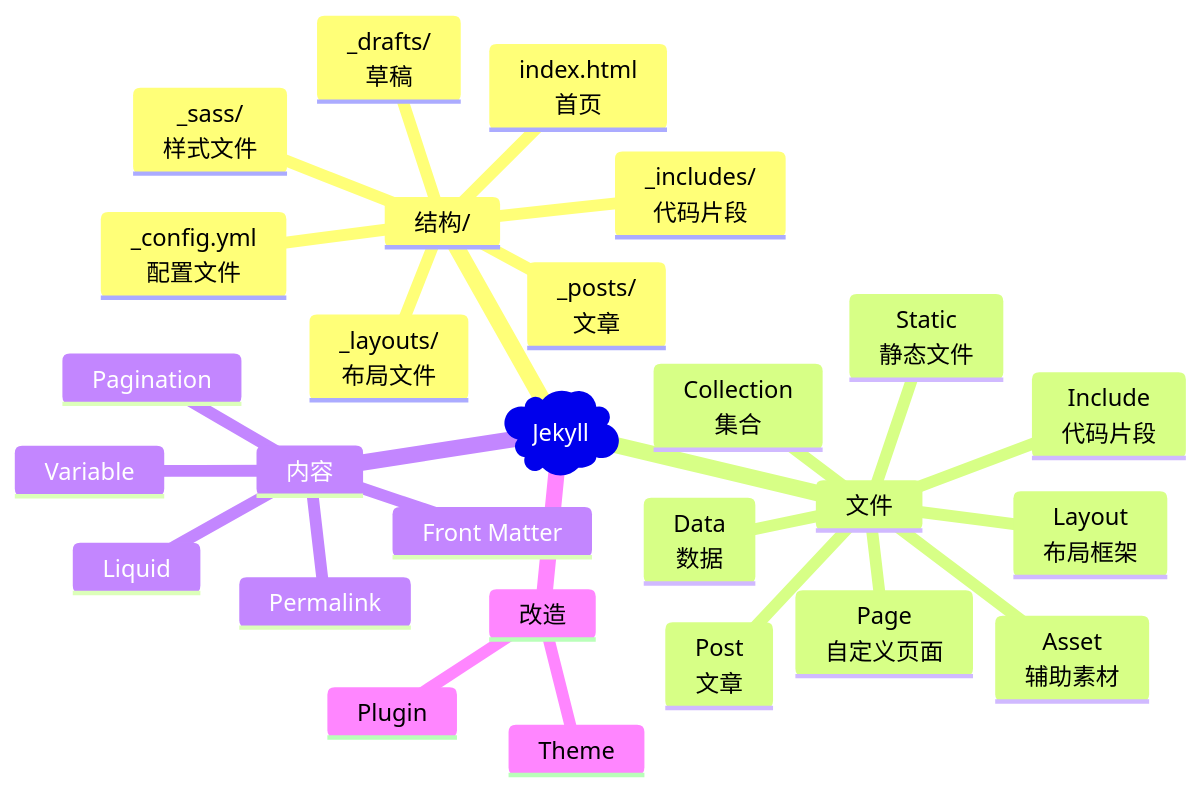
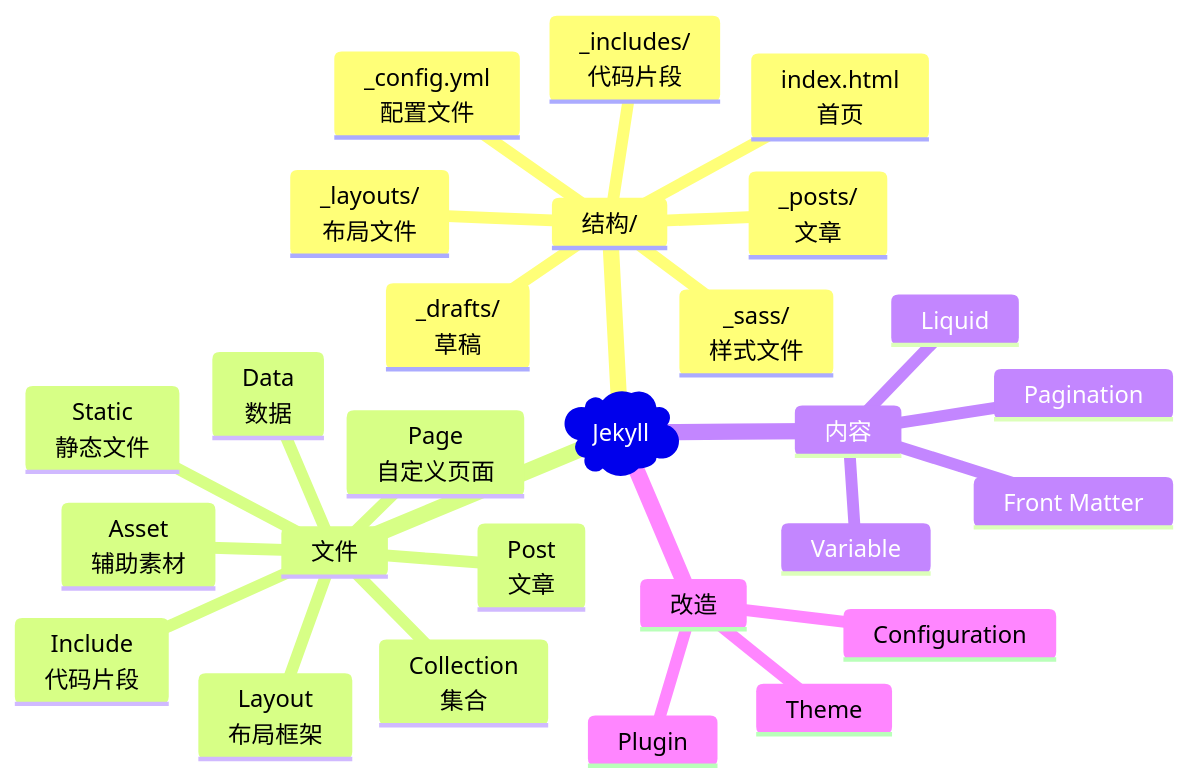
Before and after one commit to nanhualyq/nanhualyq.github.io: the diagram in _posts/2024-01-19-jekyll.md, drawn with Mermaid. The commit also changed other lines of this file, not shown here.

```diff
--- a/_posts/2024-01-19-jekyll.md
+++ b/_posts/2024-01-19-jekyll.md
@@ -17,30 +17,30 @@
 <pre class="mermaid">
 mindmap
 	Root)Jekyll(
 		结构/
 			index.html <br> 首页
 			_config.yml <br> 配置文件
 			_posts/ <br> 文章
 			_drafts/ <br> 草稿
 			_includes/ <br> 代码片段
 			_layouts/ <br> 布局文件
 			_sass/ <br> 样式文件
 		文件
 			Page <br> 自定义页面
 			Post <br> 文章
 			Collection <br> 集合
 			Data <br> 数据
 			Asset <br> 辅助素材
 			Static <br> 静态文件
 			Include <br> 代码片段
 			Layout <br> 布局框架
 		内容
 			Front Matter
 			Liquid
 			Variable
-			Permalink
 			Pagination
 		改造
+			Configuration
 			Theme
 			Plugin
 </pre>
```
